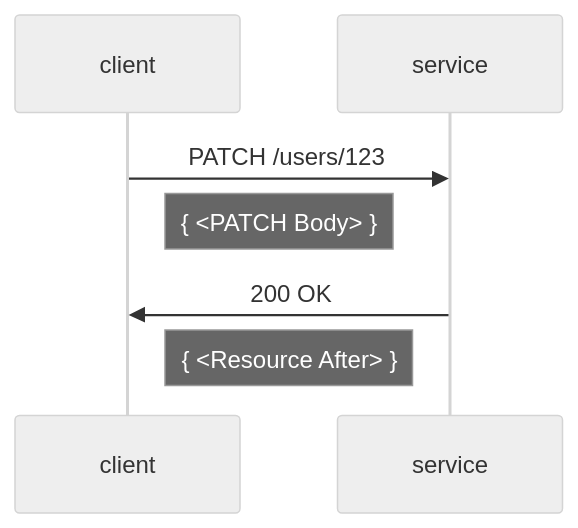
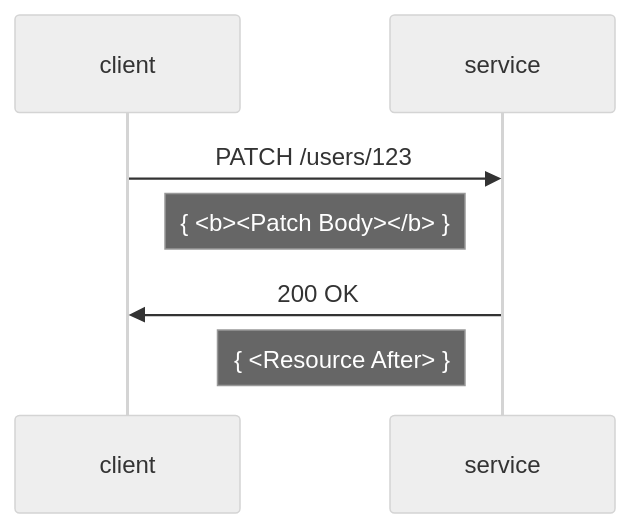
The diagram in patch-models/samples.md (annelo-msft/gists), drawn with Mermaid (neutral theme) before and after one commit. The commit also changed other lines of this file, not shown here.

````diff
--- a/patch-models/samples.md
+++ b/patch-models/samples.md
@@ -73,7 +73,7 @@
 ```mermaid
 sequenceDiagram
     client->>service: PATCH /users/123
-    Note right of client: { <PATCH Body> }
+    Note right of client: { <b><Patch Body></b> }
     service->>client: 200 OK
     Note left of service: { <Resource After> }
 ```
````
